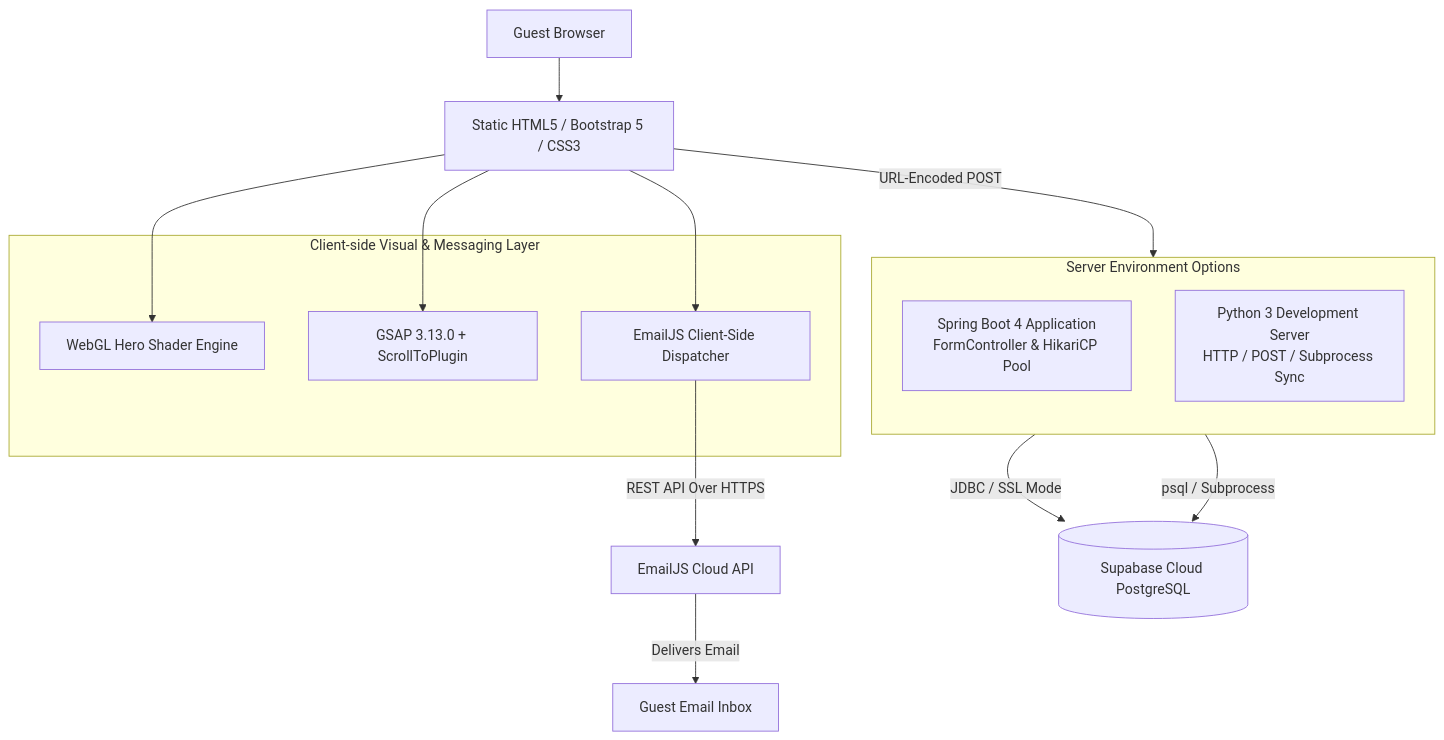
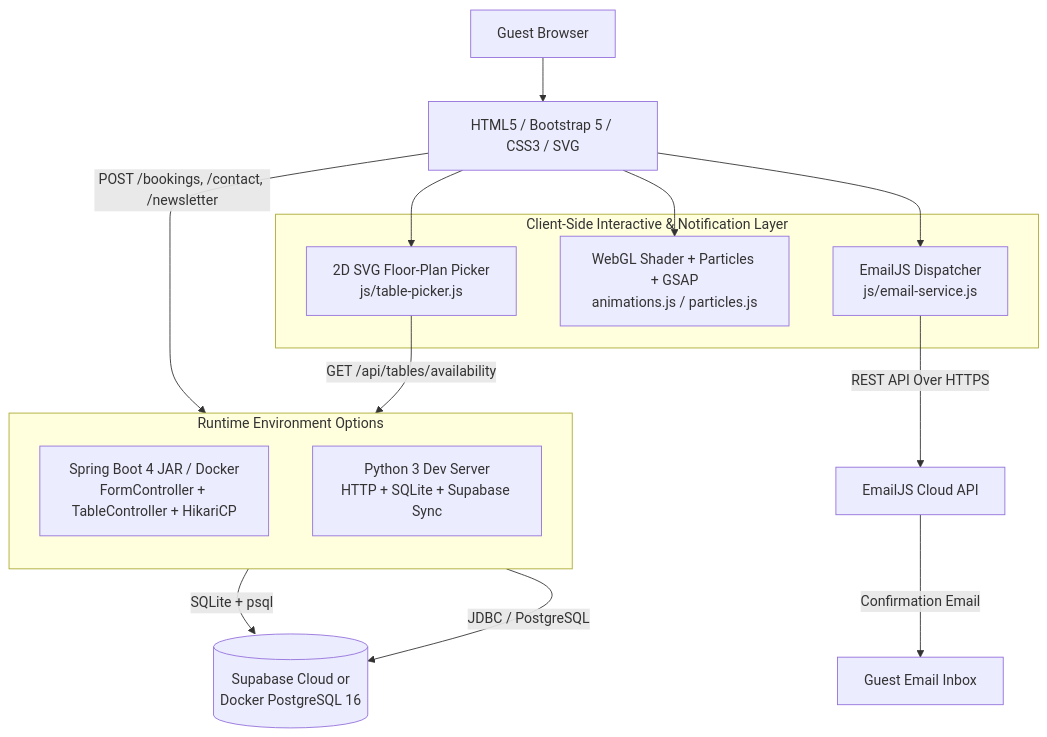
The first of 3 diagrams in README.md (gopaljilab/OmRestaurant), drawn with Mermaid before and after one commit. The commit also changed other lines of this file and 7 other files, not shown here.

````diff
--- a/README.md
+++ b/README.md
@@ -138,27 +152,27 @@
 ```mermaid
 flowchart TB
-    Guest[Guest Browser] --> UI[Static HTML5 / Bootstrap 5 / CSS3]
-    
-    subgraph ClientEngine[Client-side Visual & Messaging Layer]
-        GL[WebGL Hero Shader Engine]
-        GSAP[GSAP 3.13.0 + ScrollToPlugin]
-        EJS[EmailJS Client-Side Dispatcher]
+    Guest[Guest Browser] --> UI[HTML5 / Bootstrap 5 / CSS3 / SVG]
+
+    subgraph ClientEngine[Client-Side Interactive & Notification Layer]
+        TP[2D SVG Floor-Plan Picker<br/>js/table-picker.js]
+        FX[WebGL Shader + Particles + GSAP<br/>animations.js / particles.js]
+        EJS[EmailJS Dispatcher<br/>js/email-service.js]
     end
 
-    UI --> GL
-    UI --> GSAP
+    UI --> TP
+    UI --> FX
     UI --> EJS
+    TP -->|GET /api/tables/availability| Server
+    UI -->|POST /bookings, /contact, /newsletter| Server
     EJS -->|REST API Over HTTPS| EmailService[EmailJS Cloud API]
-    EmailService -->|Delivers Email| GuestInbox[Guest Email Inbox]
+    EmailService -->|Confirmation Email| GuestInbox[Guest Email Inbox]
 
-    UI -->|URL-Encoded POST| Server
-
-    subgraph Server[Server Environment Options]
+    subgraph Server[Runtime Environment Options]
         direction TB
-        SpringBoot[Spring Boot 4 Application<br/>FormController & HikariCP Pool]
-        DevServer[Python 3 Development Server<br/>HTTP / POST / Subprocess Sync]
+        SpringBoot[Spring Boot 4 JAR / Docker<br/>FormController + TableController + HikariCP]
+        DevServer[Python 3 Dev Server<br/>HTTP + SQLite + Supabase Sync]
     end
 
-    SpringBoot -->|JDBC / SSL Mode| Supabase[(Supabase Cloud PostgreSQL)]
-    DevServer -->|psql / Subprocess| Supabase
+    SpringBoot -->|JDBC / PostgreSQL| DB[(Supabase Cloud or<br/>Docker PostgreSQL 16)]
+    DevServer -->|SQLite + psql| DB
 ```
````
